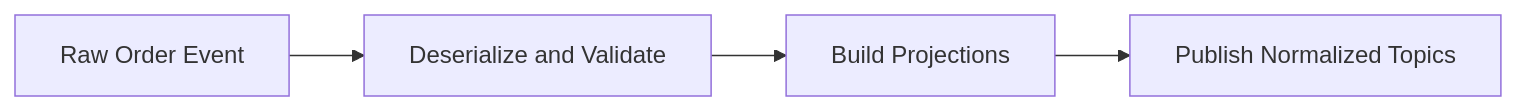
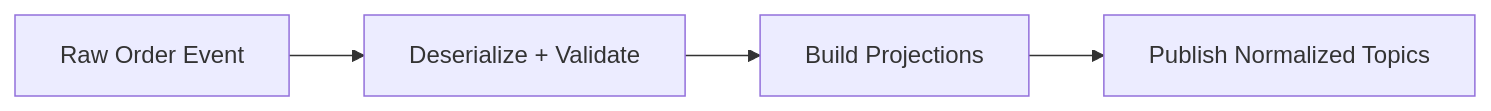
One commit to paulchen8206/Full-Stack-Modern-Data-Architecture-and-Engineering changed the second of 2 diagrams in process-apps/ods-processor/readme.md. Above: the diagram before and after it, drawn with Mermaid. The commit also changed other lines of this file and 18 other files, not shown here.

````diff
--- a/process-apps/ods-processor/readme.md
+++ b/process-apps/ods-processor/readme.md
@@ -39,6 +39,6 @@
 ```mermaid
 flowchart LR
-   EVENT[Raw Order Event] --> PARSE[Deserialize and Validate]
+   EVENT[Raw Order Event] --> PARSE[Deserialize + Validate]
    PARSE --> PROJECT[Build Projections]
    PROJECT --> PUBLISH[Publish Normalized Topics]
 ```
````
